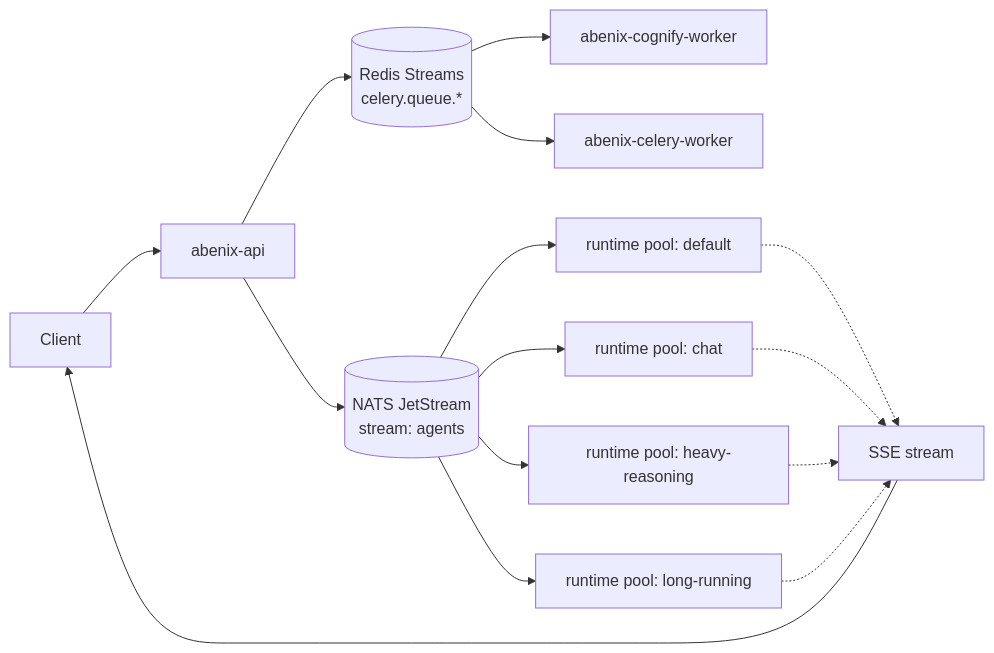
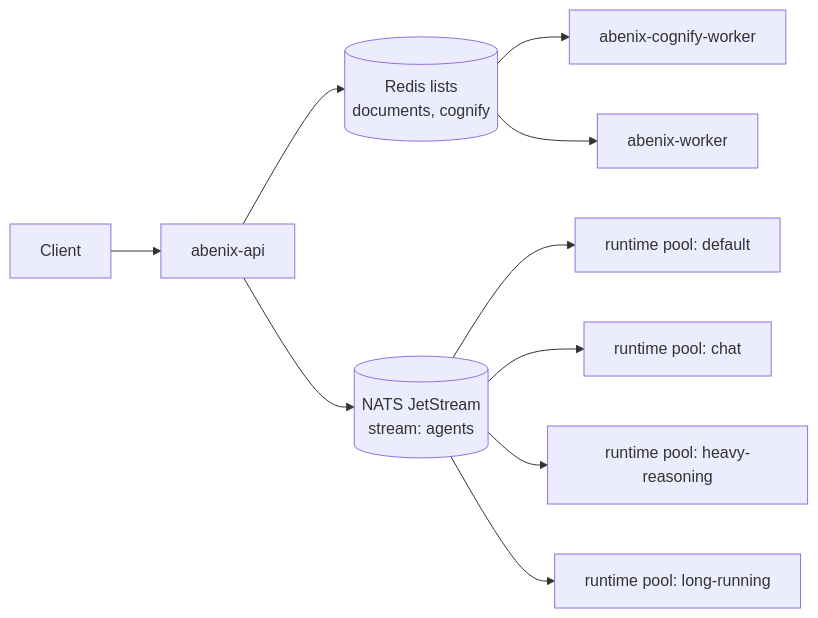
The diagram in apps/web/public/dev-docs/02-runtime/08-queue-scaling.md (sarkar4777/abenix), drawn with Mermaid before and after one commit. The commit also changed other lines of this file and 623 other files, not shown here.

````diff
--- a/apps/web/public/dev-docs/02-runtime/08-queue-scaling.md
+++ b/apps/web/public/dev-docs/02-runtime/08-queue-scaling.md
@@ -35,21 +19,15 @@
 ```mermaid
 flowchart LR
   C[Client] --> API[abenix-api]
 
-  API --> CelQ[(Redis Streams<br/>celery.queue.*)]
+  API --> CelQ[(Redis lists<br/>documents, cognify)]
   API --> NQ[(NATS JetStream<br/>stream: agents)]
 
   CelQ --> CW1[abenix-cognify-worker]
-  CelQ --> CW2[abenix-celery-worker]
+  CelQ --> CW2[abenix-worker]
 
   NQ --> R1[runtime pool: default]
   NQ --> R2[runtime pool: chat]
   NQ --> R3[runtime pool: heavy-reasoning]
   NQ --> R4[runtime pool: long-running]
-
-  R1 -.-> SSE[SSE stream]
-  R2 -.-> SSE
-  R3 -.-> SSE
-  R4 -.-> SSE
-  SSE --> C
 ```
````
